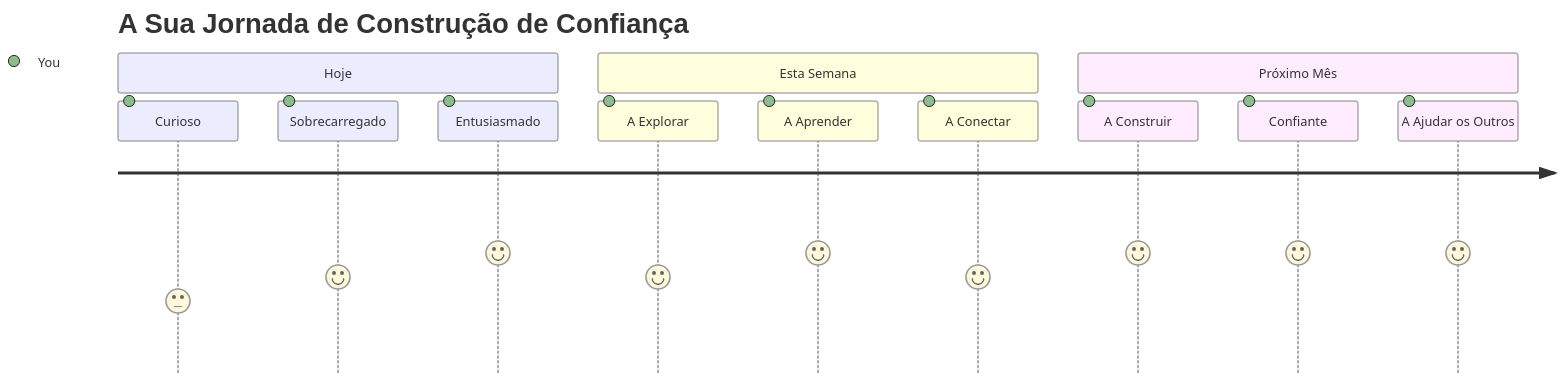
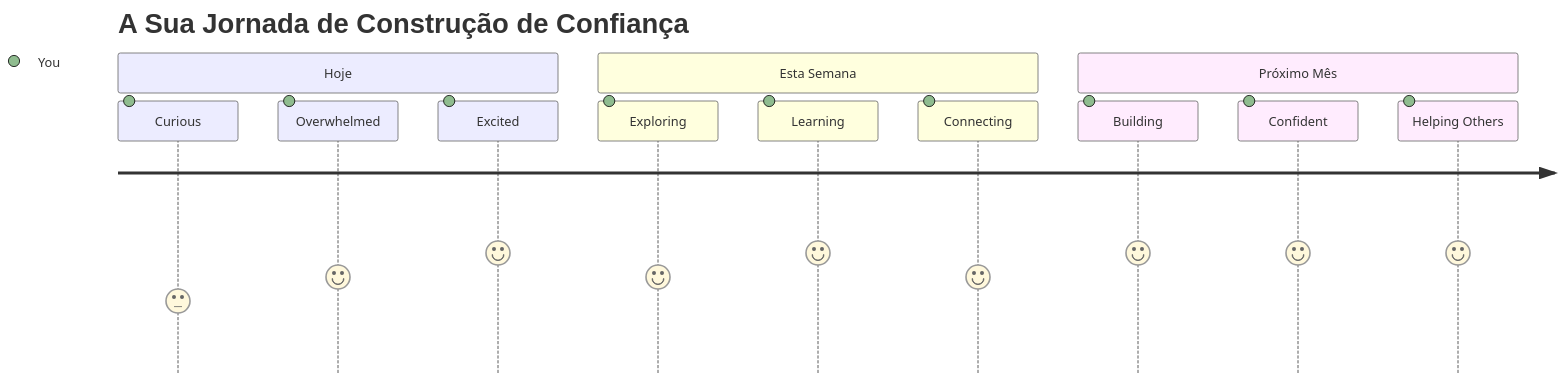
One commit to microsoft/Web-Dev-For-Beginners changed the seventh of 7 diagrams in translations/pt-PT/1-getting-started-lessons/1-intro-to-programming-languages/README.md. Above: the diagram before and after it, drawn with Mermaid. The commit also changed other lines of this file and 11 other files, not shown here.

````diff
--- a/translations/pt-PT/1-getting-started-lessons/1-intro-to-programming-languages/README.md
+++ b/translations/pt-PT/1-getting-started-lessons/1-intro-to-programming-languages/README.md
@@ -832,16 +833,16 @@
 ```mermaid
 journey
     title A Sua Jornada de Construção de Confiança
     section Hoje
-      Curioso: 3: You
-      Sobrecarregado: 4: You
-      Entusiasmado: 5: You
+      Curious: 3: You
+      Overwhelmed: 4: You
+      Excited: 5: You
     section Esta Semana
-      A Explorar: 4: You
-      A Aprender: 5: You
-      A Conectar: 4: You
+      Exploring: 4: You
+      Learning: 5: You
+      Connecting: 4: You
     section Próximo Mês
-      A Construir: 5: You
-      Confiante: 5: You
-      A Ajudar os Outros: 5: You
+      Building: 5: You
+      Confident: 5: You
+      Helping Others: 5: You
 ```
````
